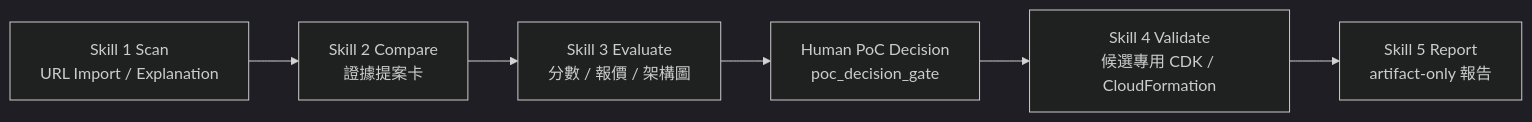
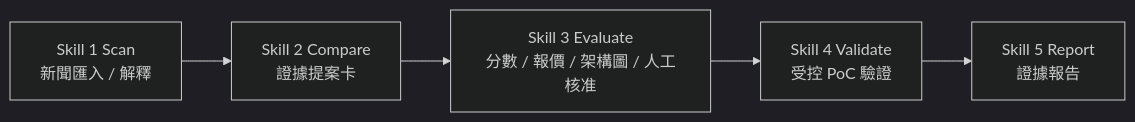
Before and after one commit to gt52bts-dotcom/internship-tech-radar: the diagram in README.md, drawn with Mermaid (dark theme). The commit also changed other lines of this file and 4 other files, not shown here.

````diff
--- a/README.md
+++ b/README.md
@@ -19,9 +19,8 @@
 ```mermaid
 flowchart LR
-    A["Skill 1 Scan<br/>URL Import / Explanation"]
+    A["Skill 1 Scan<br/>新聞匯入 / 解釋"]
     A --> B["Skill 2 Compare<br/>證據提案卡"]
-    B --> C["Skill 3 Evaluate<br/>分數 / 報價 / 架構圖"]
-    C --> D["Human PoC Decision<br/>poc_decision_gate"]
-    D --> E["Skill 4 Validate<br/>候選專用 CDK / CloudFormation"]
-    E --> F["Skill 5 Report<br/>artifact-only 報告"]
+    B --> C["Skill 3 Evaluate<br/>分數 / 報價 / 架構圖 / 人工核准"]
+    C --> D["Skill 4 Validate<br/>受控 PoC 驗證"]
+    D --> E["Skill 5 Report<br/>證據報告"]
 ```
````
